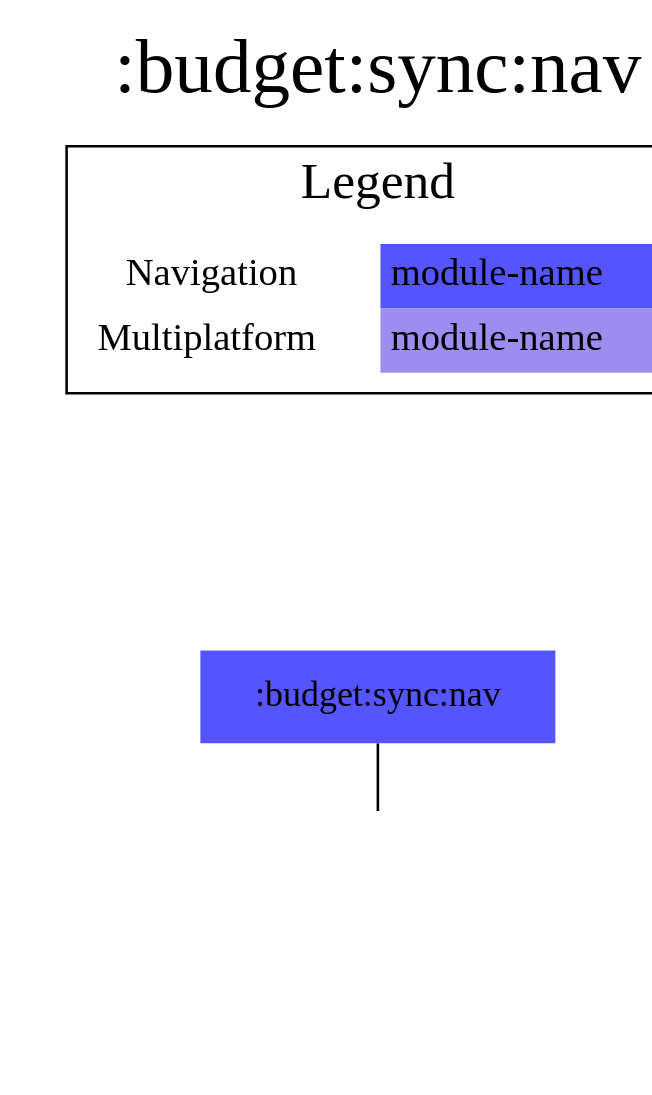
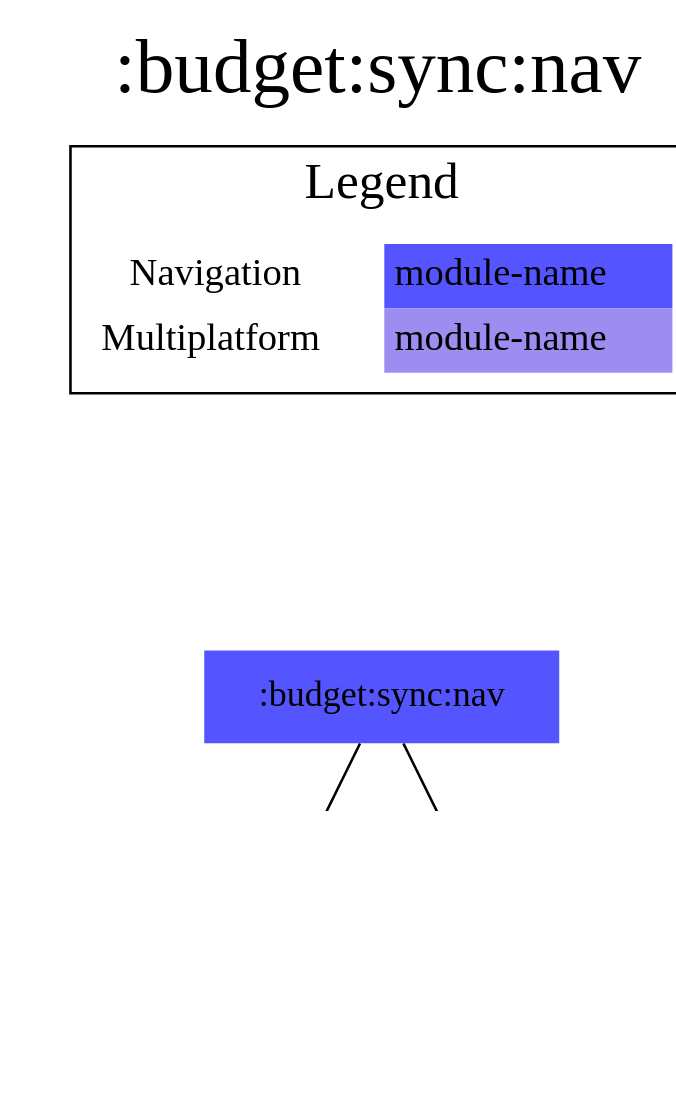
One commit to jonapoul/aktual changed the diagram in modules/budget/sync/nav/project-dependency-graph.dot. Above: the diagram before and after it, drawn with Graphviz. The commit also changed 51 other files, not shown here.

```diff
--- a/modules/budget/sync/nav/project-dependency-graph.dot
+++ b/modules/budget/sync/nav/project-dependency-graph.dot
@@ -1,22 +1,24 @@
 digraph {
 edge ["dir"="forward"]
 graph ["dpi"="100","label"=":budget:sync:nav","labelloc"="t","fontsize"="30","ranksep"="1.5","rankdir"="TB"]
 node ["style"="filled"]
 ":account:model" ["fillcolor"="#9D8DF1","shape"="none"]
+":budget:model" ["fillcolor"="#9D8DF1","shape"="none"]
 ":budget:sync:nav" ["fillcolor"="#5555FF","shape"="none"]
 {
 edge ["dir"="none"]
 graph ["rank"="same"]
 }
 ":budget:sync:nav" -> ":account:model"
+":budget:sync:nav" -> ":budget:model"
 subgraph "cluster_legend" {
 edge ["dir"="none"]
 graph ["label"="Legend","fontsize"="20"]
 "Legend" ["style"="filled","fillcolor"="#FFFFFF","shape"="none","margin"="0","fontsize"="15","label"=<
 <TABLE BORDER="0" CELLBORDER="0" CELLSPACING="0" CELLPADDING="4">
 <TR><TD>Navigation</TD><TD BGCOLOR="#5555FF">module-name</TD></TR>
 <TR><TD>Multiplatform</TD><TD BGCOLOR="#9D8DF1">module-name</TD></TR>
 </TABLE>
 >]
 } -> ":budget:sync:nav" ["style"="invis"]
 }
```
